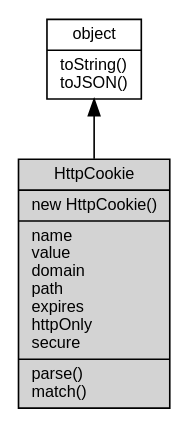
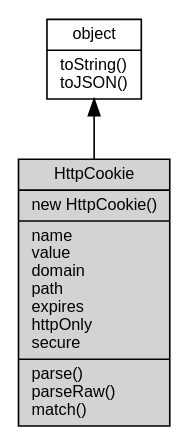
The diagram in docs/manual/object/ifs/HttpCookie.md (fibjs/fibjs.org), drawn with Graphviz before and after one commit. The commit also changed other lines of this file and 148 other files, not shown here.

First line of the commit message:
feat: add ZlibCodec documentation and update object graph

````diff
--- a/docs/manual/object/ifs/HttpCookie.md
+++ b/docs/manual/object/ifs/HttpCookie.md
@@ -44,10 +44,10 @@
 ```dot
 digraph {
     node [fontname="Helvetica,sans-Serif", fontsize=10, shape="record", style="filled", fillcolor="white"];
 
     object [tooltip="object", URL="object.md", label="{object|toString()\ltoJSON()\l}"];
-    HttpCookie [tooltip="HttpCookie", fillcolor="lightgray", id="me", label="{HttpCookie|new HttpCookie()\l|name\lvalue\ldomain\lpath\lexpires\lhttpOnly\lsecure\l|parse()\lmatch()\l}"];
+    HttpCookie [tooltip="HttpCookie", fillcolor="lightgray", id="me", label="{HttpCookie|new HttpCookie()\l|name\lvalue\ldomain\lpath\lexpires\lhttpOnly\lsecure\l|parse()\lparseRaw()\lmatch()\l}"];
 
     object -> HttpCookie [dir=back];
 }
 ```
````
